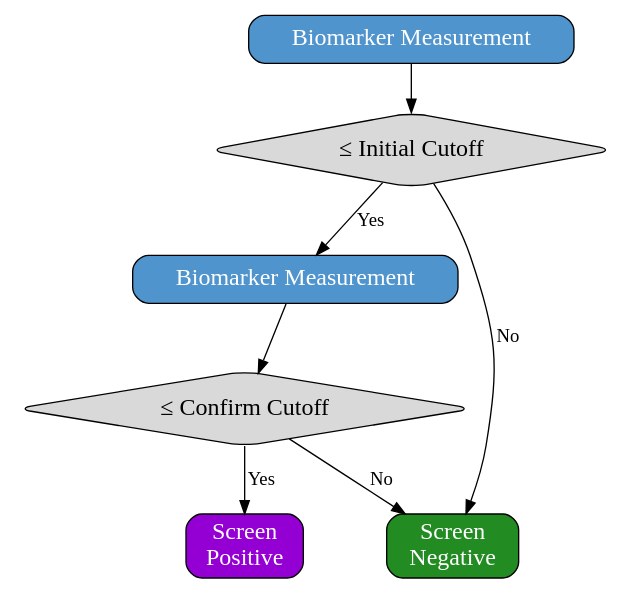
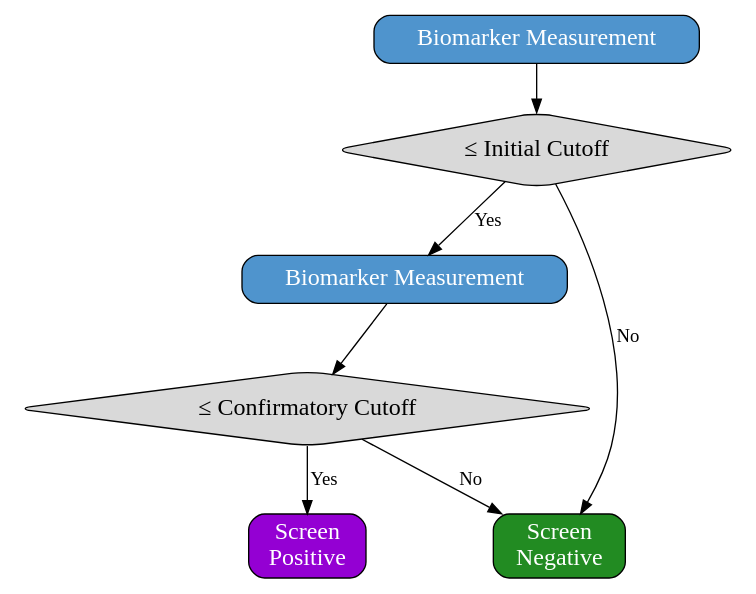
Before and after one commit to hendersonmpa/imprecision_logic_manuscript: the diagram in imprecision_logic.org, drawn with Graphviz. The commit also changed other lines of this file and 2 other files, not shown here.

Commit message:
discussion, edits, references, and figure

```diff
--- a/imprecision_logic.org
+++ b/imprecision_logic.org
@@ -127,17 +123,17 @@
 #+BEGIN_SRC dot :file ./figures/algorithm.pdf :cmdline -Kdot -Tpdf
     digraph {
         node [fontsize = 18];
         first[label="Biomarker Measurement",shape="rectangle",fontcolor=white,fillcolor=steelblue3, style="rounded,filled"];
         init[label="&#8804; Initial Cutoff",shape="diamond",fillcolor= grey85, style="rounded,filled"];
         second[label="Biomarker Measurement",shape="rectangle", fontcolor=white,fillcolor=steelblue3, style="rounded,filled"];
-        conf[label="&#8804; Confirm Cutoff",shape="diamond",fillcolor= grey85, style="rounded,filled"];
+        conf[label="&#8804; Confirmatory Cutoff",shape="diamond",fillcolor= grey85, style="rounded,filled"];
         pos[label = "Screen\nPositive", shape="rectangle", fontcolor=white,fillcolor=darkviolet, style="rounded,filled"];
         neg[label = "Screen\nNegative", shape="box", fontcolor=white,fillcolor=forestgreen, style="rounded,filled"];
         first -> init;
         init -> second[label="Yes"];
         init -> neg[label="No"];
         second-> conf;
         conf -> pos[label="Yes"];
         conf -> neg[label="No"];
   }
 #+END_SRC
```
